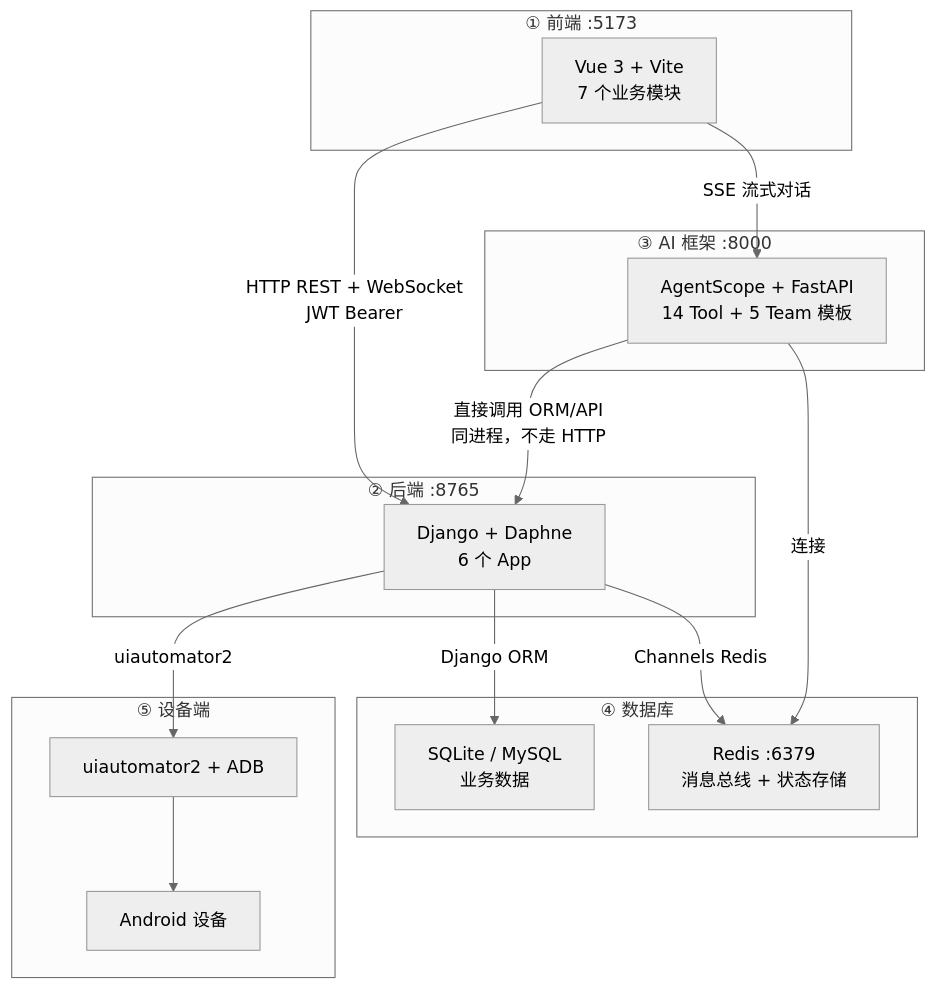
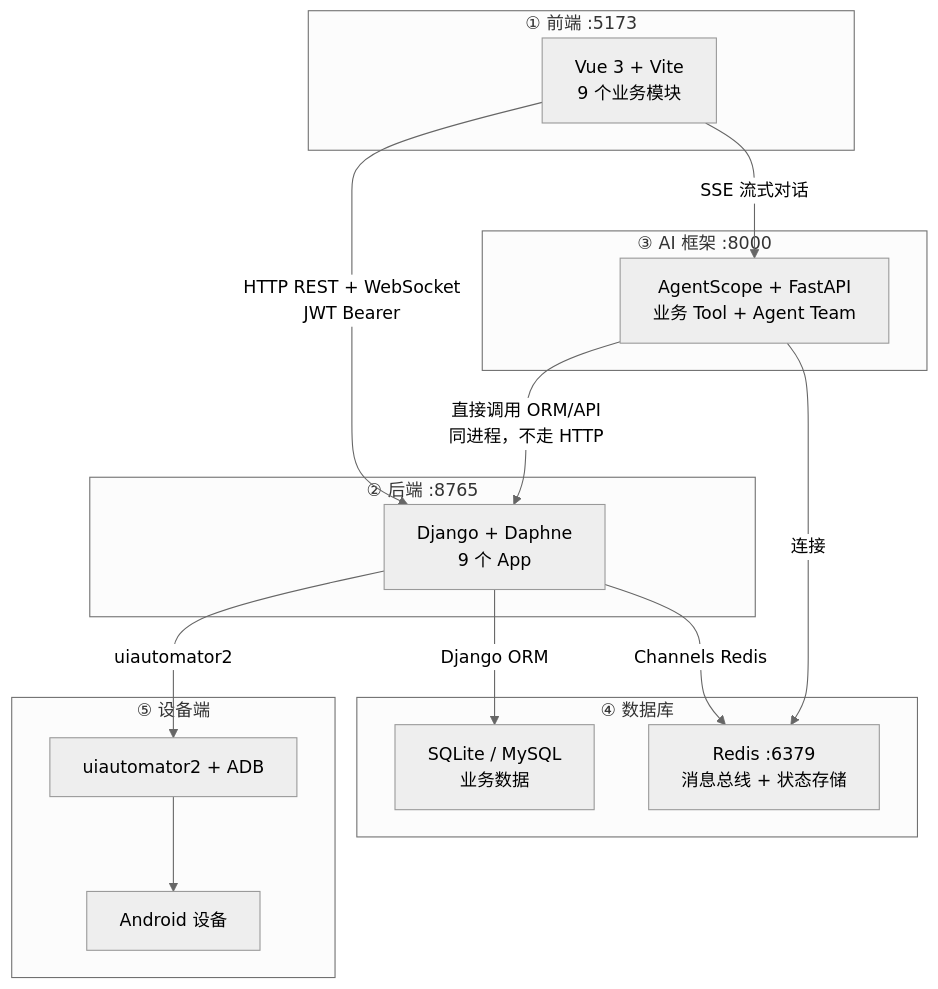
One commit to Kahoku-lazy/Android-AutoTests changed the diagram in .claude/rules/module-boundaries.md. Above: the diagram before and after it, drawn with Mermaid (neutral theme). The commit also changed other lines of this file and 45 other files, not shown here.

````diff
--- a/.claude/rules/module-boundaries.md
+++ b/.claude/rules/module-boundaries.md
@@ -5,35 +5,35 @@
 ```mermaid
 flowchart TB
     subgraph L1["① 前端 :5173"]
-        Vue["Vue 3 + Vite<br/>7 个业务模块"]
+        Vue["Vue 3 + Vite<br/>9 个业务模块"]
     end
 
     subgraph L2["② 后端 :8765"]
-        Django["Django + Daphne<br/>6 个 App"]
+        Django["Django + Daphne<br/>9 个 App"]
     end
 
     subgraph L3["③ AI 框架 :8000"]
-        AgentScope["AgentScope + FastAPI<br/>14 Tool + 5 Team 模板"]
+        AgentScope["AgentScope + FastAPI<br/>业务 Tool + Agent Team"]
     end
 
     subgraph L4["④ 数据库"]
         SQL["SQLite / MySQL<br/>业务数据"]
         Redis["Redis :6379<br/>消息总线 + 状态存储"]
     end
 
     subgraph L5["⑤ 设备端"]
         ADB["uiautomator2 + ADB"]
         Phone["Android 设备"]
     end
 
     Vue -->|"HTTP REST + WebSocket<br/>JWT Bearer"| Django
     Vue -->|"SSE 流式对话"| AgentScope
 
     Django -->|"Django ORM"| SQL
     Django -->|"Channels Redis"| Redis
     AgentScope -->|"直接调用 ORM/API<br/>同进程，不走 HTTP"| Django
     AgentScope -->|"连接"| Redis
 
     Django -->|"uiautomator2"| ADB
     ADB --> Phone
 ```
````
